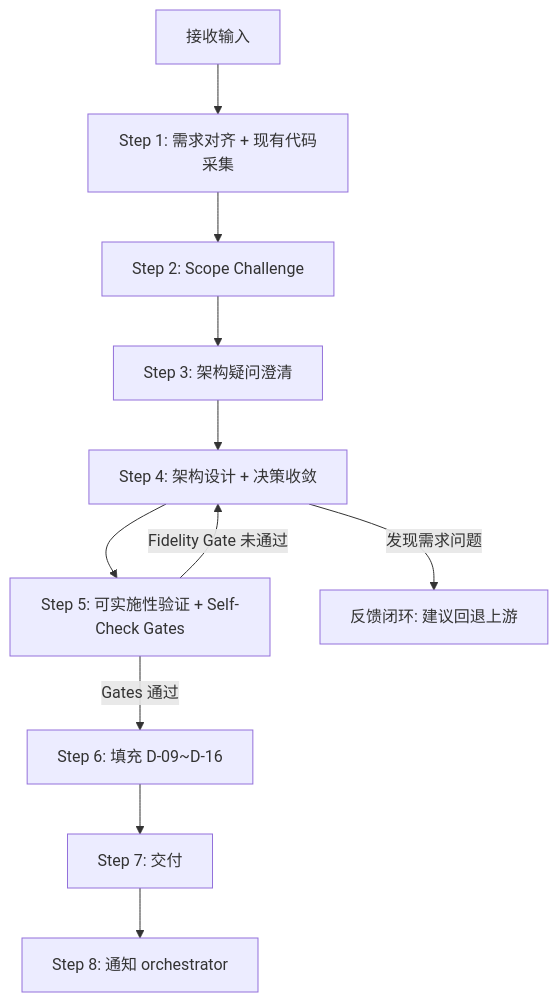
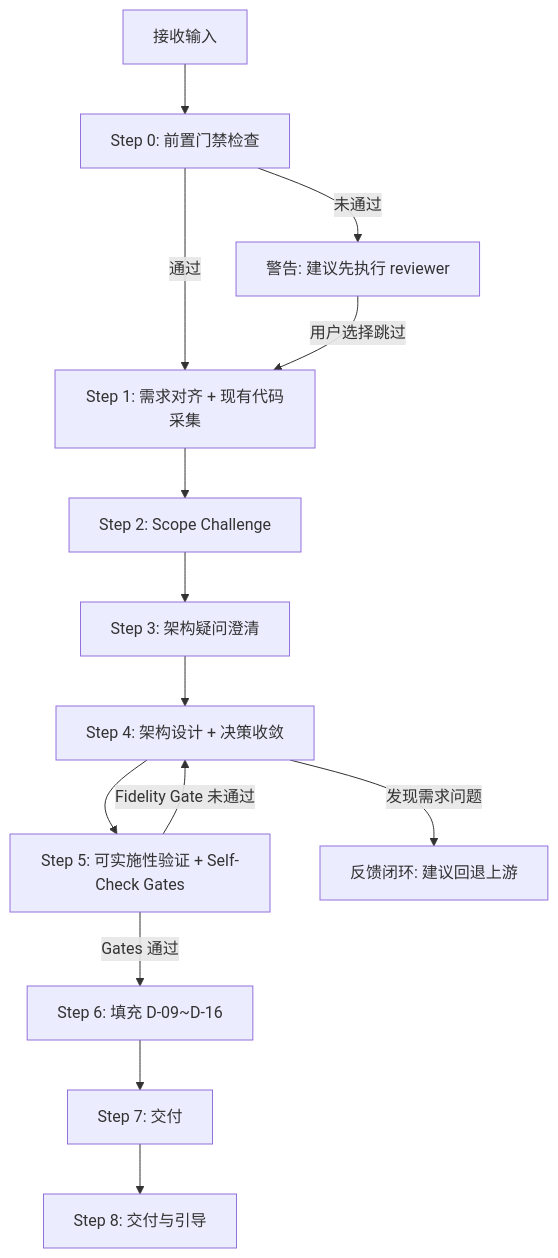
Before and after one commit to chenchiyuan/powerby-skills: the second of 4 diagrams in skills/pb-v1-designing/SKILL.md, drawn with Mermaid. The commit also changed other lines of this file and 46 other files, not shown here.

````diff
--- a/skills/pb-v1-designing/SKILL.md
+++ b/skills/pb-v1-designing/SKILL.md
@@ -267,14 +282,17 @@
 ```mermaid
 graph TD
-    Start[接收输入] --> S1[Step 1: 需求对齐 + 现有代码采集]
+    Start[接收输入] --> S0[Step 0: 前置门禁检查]
+    S0 -->|通过| S1[Step 1: 需求对齐 + 现有代码采集]
+    S0 -->|未通过| Warn[警告: 建议先执行 reviewer]
+    Warn -->|用户选择跳过| S1
     S1 --> S2[Step 2: Scope Challenge]
     S2 --> S3[Step 3: 架构疑问澄清]
     S3 --> S4[Step 4: 架构设计 + 决策收敛]
     S4 --> S5[Step 5: 可实施性验证 + Self-Check Gates]
     S5 -->|Gates 通过| S6[Step 6: 填充 D-09~D-16]
     S5 -->|Fidelity Gate 未通过| S4
     S6 --> S7[Step 7: 交付]
-    S7 --> S8[Step 8: 通知 orchestrator]
+    S7 --> S8[Step 8: 交付与引导]
 
     S4 -->|发现需求问题| Feedback[反馈闭环: 建议回退上游]
 ```
````
